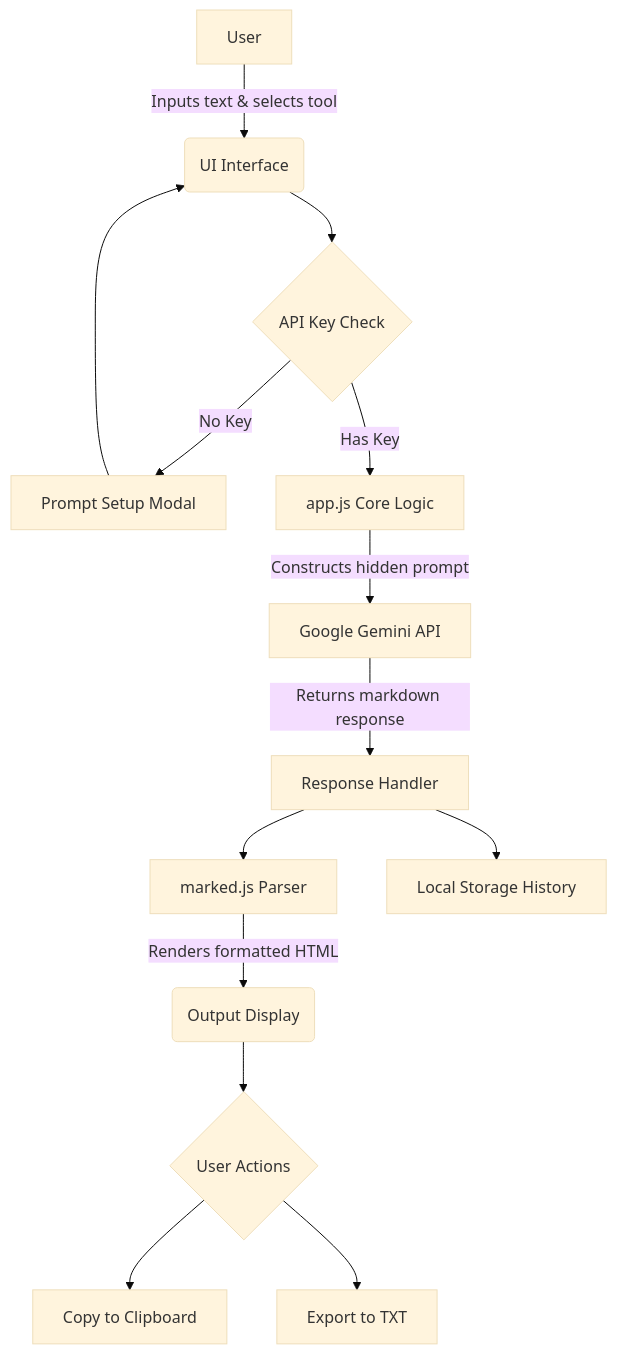
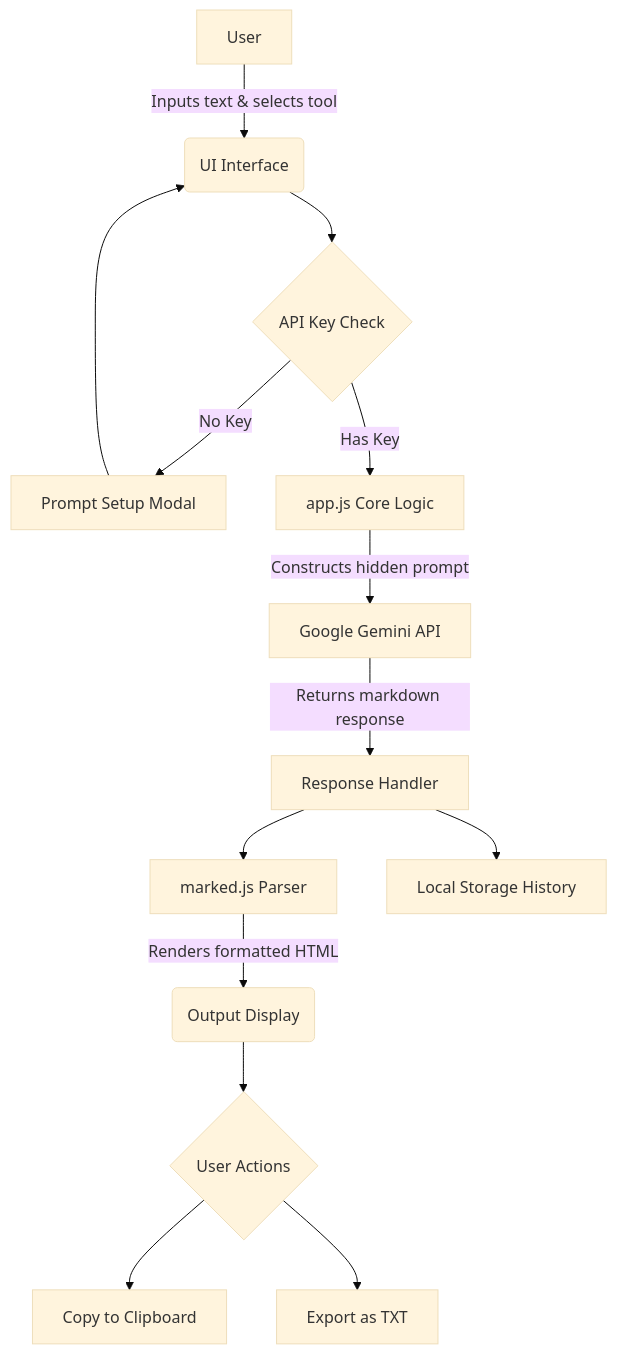
One commit to krrish-cypto/study-ai-pro changed the diagram in README.md. Above: the diagram before and after it, drawn with Mermaid (base theme). The commit also changed other lines of this file, not shown here.

````diff
--- a/README.md
+++ b/README.md
@@ -66,20 +63,20 @@
 ```mermaid
 graph TD
     A[User] -->|Inputs text & selects tool| B(UI Interface)
     B --> C{API Key Check}
     C -->|No Key| D[Prompt Setup Modal]
     D --> B
     C -->|Has Key| E[app.js Core Logic]
     
     E -->|Constructs hidden prompt| F[Google Gemini API]
     
     F -->|Returns markdown response| G[Response Handler]
     G --> H[marked.js Parser]
     G --> I[Local Storage History]
     
     H -->|Renders formatted HTML| J(Output Display)
     J --> K{User Actions}
     
     K --> L[Copy to Clipboard]
-    K --> M[Export to TXT]
+    K --> M[Export as TXT]
 ```
````
